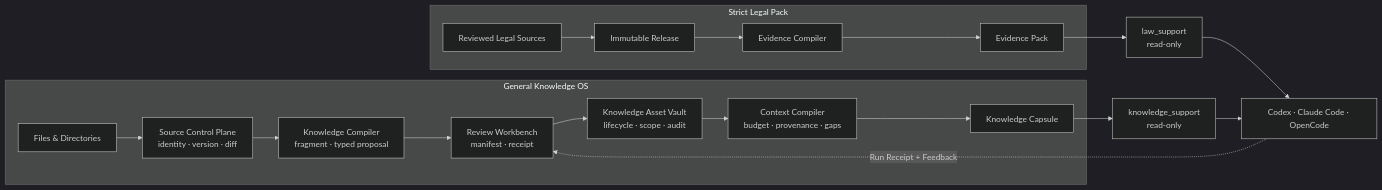
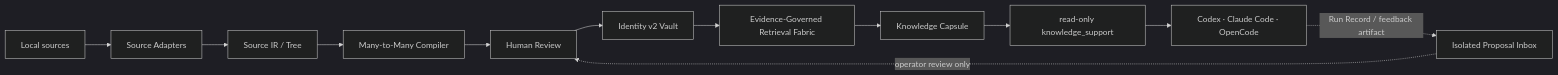
Before and after one commit to Eysn0130/DeepLaw: the diagram in README.md, drawn with Mermaid (dark theme). The commit also changed other lines of this file and 196 other files, not shown here.

Commit message:
release: ship DeepLaw v0.7.0 commercial GA

````diff
--- a/README.md
+++ b/README.md
@@ -150,23 +81,14 @@
 ```mermaid
 flowchart LR
-  subgraph KOS["General Knowledge OS"]
-    S["Files & Directories"] --> SC["Source Control Plane<br/>identity · version · diff"]
-    SC --> KC["Knowledge Compiler<br/>fragment · typed proposal"]
-    KC --> RW["Review Workbench<br/>manifest · receipt"]
-    RW --> V["Knowledge Asset Vault<br/>lifecycle · scope · audit"]
-    V --> CC["Context Compiler<br/>budget · provenance · gaps"]
-    CC --> CAP["Knowledge Capsule"]
-  end
-
-  subgraph LEGAL["Strict Legal Pack"]
-    LS["Reviewed Legal Sources"] --> LP["Immutable Release"]
-    LP --> EC["Evidence Compiler"]
-    EC --> EP["Evidence Pack"]
-  end
-
-  CAP --> KMCP["knowledge_support<br/>read-only"]
-  EP --> LMCP["law_support<br/>read-only"]
-  KMCP --> AGENT["Codex · Claude Code · OpenCode"]
-  LMCP --> AGENT
-  AGENT -. "Run Receipt + Feedback" .-> RW
+  S["Local sources"] --> A["Source Adapters"]
+  A --> IR["Source IR / Tree"]
+  IR --> C["Many-to-Many Compiler"]
+  C --> R["Human Review"]
+  R --> V["Identity v2 Vault"]
+  V --> Q["Evidence-Governed Retrieval Fabric"]
+  Q --> K["Knowledge Capsule"]
+  K --> M["read-only knowledge_support"]
+  M --> G["Codex · Claude Code · OpenCode"]
+  G -. "Run Record / feedback artifact" .-> I["Isolated Proposal Inbox"]
+  I -. "operator review only" .-> R
 ```
````
